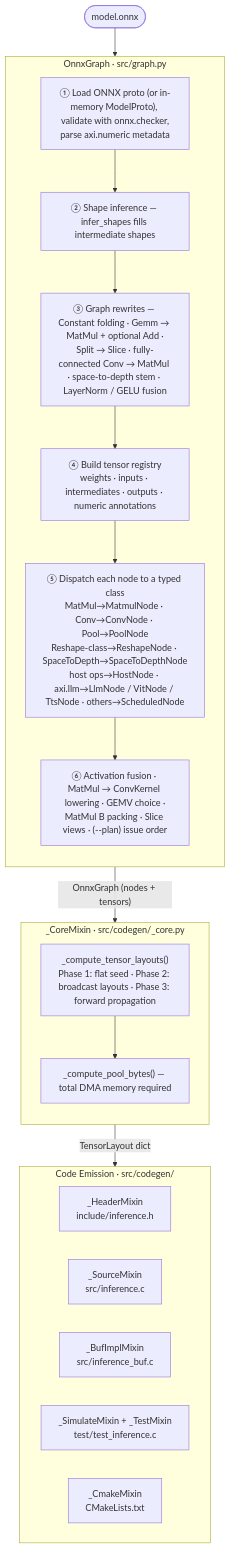
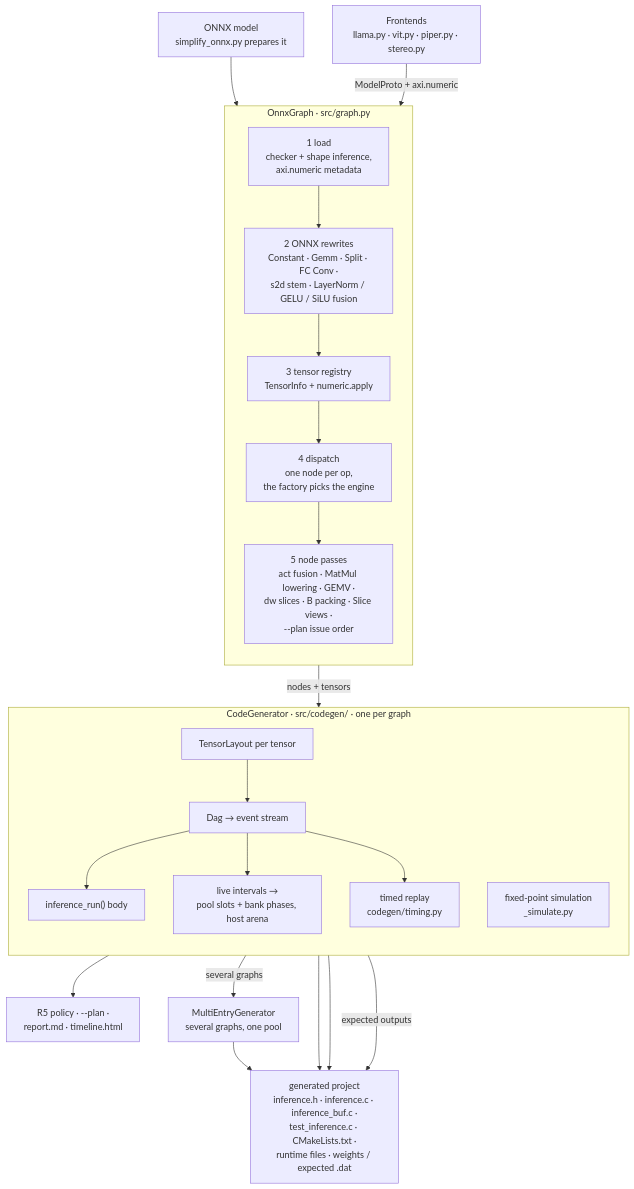
One commit to phoenix367/cormorant changed the first of 9 diagrams in inference-scheduler/doc/ARCHITECTURE.md. Above: the diagram before and after it, drawn with Mermaid. The commit also changed other lines of this file and 91 other files, not shown here.

````diff
--- a/inference-scheduler/doc/ARCHITECTURE.md
+++ b/inference-scheduler/doc/ARCHITECTURE.md
@@ -28,35 +87,42 @@
 ```mermaid
 flowchart TD
-    IN([model.onnx])
+    ONNX["ONNX model<br/>simplify_onnx.py prepares it"]
+    FE["Frontends<br/>llama.py · vit.py · piper.py · stereo.py"]
 
-    subgraph GRAPH["OnnxGraph · src/graph.py"]
+    subgraph OG["OnnxGraph · src/graph.py"]
         direction TB
-        G1["① Load ONNX proto (or in-memory ModelProto), validate with onnx.checker,\nparse axi.numeric metadata"]
-        G2["② Shape inference — infer_shapes fills intermediate shapes"]
-        G3["③ Graph rewrites — Constant folding · Gemm → MatMul + optional Add ·\nSplit → Slice · fully-connected Conv → MatMul · space-to-depth stem · LayerNorm / GELU fusion"]
-        G4["④ Build tensor registry\nweights · inputs · intermediates · outputs · numeric annotations"]
-        G5["⑤ Dispatch each node to a typed class\nMatMul→MatmulNode · Conv→ConvNode · Pool→PoolNode\nReshape-class→ReshapeNode · SpaceToDepth→SpaceToDepthNode\nhost ops→HostNode · axi.llm→LlmNode / VitNode / TtsNode · others→ScheduledNode"]
-        G6["⑥ Activation fusion · MatMul → ConvKernel lowering · GEMV choice ·\nMatMul B packing · Slice views · (--plan) issue order"]
-        G1 --> G2 --> G3 --> G4 --> G5 --> G6
+        G1["1 load<br/>checker + shape inference,<br/>axi.numeric metadata"]
+        G2["2 ONNX rewrites<br/>Constant · Gemm · Split · FC Conv ·<br/>s2d stem · LayerNorm / GELU / SiLU fusion"]
+        G3["3 tensor registry<br/>TensorInfo + numeric.apply"]
+        G4["4 dispatch<br/>one node per op,<br/>the factory picks the engine"]
+        G5["5 node passes<br/>act fusion · MatMul lowering · GEMV ·<br/>dw slices · B packing · Slice views ·<br/>--plan issue order"]
+        G1 --> G2 --> G3 --> G4 --> G5
     end
 
-    subgraph CORE["_CoreMixin · src/codegen/_core.py"]
+    subgraph CG["CodeGenerator · src/codegen/ · one per graph"]
         direction TB
-        C1["_compute_tensor_layouts()\nPhase 1: flat seed · Phase 2: broadcast layouts · Phase 3: forward propagation"]
-        C2["_compute_pool_bytes() — total DMA memory required"]
-        C1 --> C2
+        LAY["TensorLayout per tensor"]
+        EVS["Dag → event stream"]
+        BODY["inference_run() body"]
+        LIVE["live intervals →<br/>pool slots + bank phases, host arena"]
+        TIME["timed replay<br/>codegen/timing.py"]
+        SIM["fixed-point simulation<br/>_simulate.py"]
+        LAY --> EVS
+        EVS --> BODY
+        EVS --> LIVE
+        EVS --> TIME
     end
 
-    subgraph EMIT["Code Emission · src/codegen/"]
-        direction LR
-        H["_HeaderMixin\ninclude/inference.h"]
-        S["_SourceMixin\nsrc/inference.c"]
-        B["_BufImplMixin\nsrc/inference_buf.c"]
-        T["_SimulateMixin + _TestMixin\ntest/test_inference.c"]
-        CM["_CmakeMixin\nCMakeLists.txt"]
-    end
+    PRED["R5 policy · --plan ·<br/>report.md · timeline.html"]
+    MULTI["MultiEntryGenerator<br/>several graphs, one pool"]
+    PRJ["generated project<br/>inference.h · inference.c · inference_buf.c ·<br/>test_inference.c · CMakeLists.txt ·<br/>runtime files · weights / expected .dat"]
 
-    IN --> GRAPH
-    GRAPH -- "OnnxGraph (nodes + tensors)" --> CORE
-    CORE -- "TensorLayout dict" --> EMIT
+    ONNX --> G1
+    FE -->|"ModelProto + axi.numeric"| G1
+    G5 -->|"nodes + tensors"| LAY
+    TIME --> PRED
+    BODY --> PRJ
+    LIVE --> PRJ
+    SIM -->|"expected outputs"| PRJ
+    CG -->|"several graphs"| MULTI --> PRJ
 ```
````
